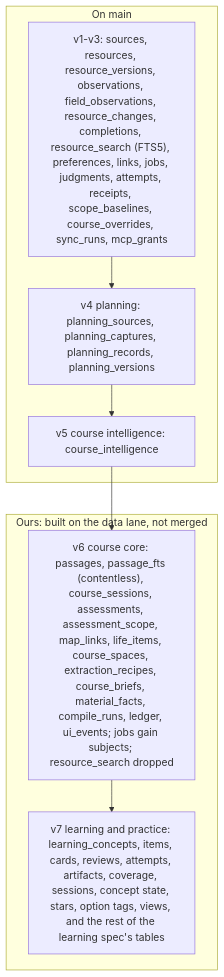
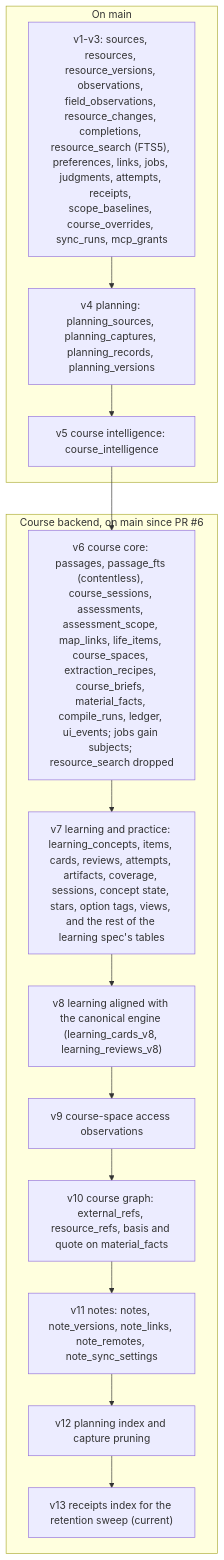
The third of 4 diagrams in docs/course-backend-architecture.md (benverhaalen/magic-uw), drawn with Mermaid before and after one commit. The commit also changed other lines of this file and 5 other files, not shown here.

````diff
--- a/docs/course-backend-architecture.md
+++ b/docs/course-backend-architecture.md
@@ -142,13 +67,19 @@
 ```mermaid
 flowchart TB
   subgraph MAIN["On main"]
     V13["v1-v3: sources, resources, resource_versions, observations, field_observations, resource_changes, completions, resource_search (FTS5), preferences, links, jobs, judgments, attempts, receipts, scope_baselines, course_overrides, sync_runs, mcp_grants"]
     V4["v4 planning: planning_sources, planning_captures, planning_records, planning_versions"]
     V5["v5 course intelligence: course_intelligence"]
   end
-  subgraph OURS["Ours: built on the data lane, not merged"]
+  subgraph OURS["Course backend, on main since PR #6"]
     V6["v6 course core: passages, passage_fts (contentless), course_sessions, assessments, assessment_scope, map_links, life_items, course_spaces, extraction_recipes, course_briefs, material_facts, compile_runs, ledger, ui_events; jobs gain subjects; resource_search dropped"]
     V7["v7 learning and practice: learning_concepts, items, cards, reviews, attempts, artifacts, coverage, sessions, concept state, stars, option tags, views, and the rest of the learning spec's tables"]
+    V8["v8 learning aligned with the canonical engine (learning_cards_v8, learning_reviews_v8)"]
+    V9["v9 course-space access observations"]
+    V10["v10 course graph: external_refs, resource_refs, basis and quote on material_facts"]
+    V11["v11 notes: notes, note_versions, note_links, note_remotes, note_sync_settings"]
+    V12["v12 planning index and capture pruning"]
+    V13b["v13 receipts index for the retention sweep (current)"]
   end
-  V13 --> V4 --> V5 --> V6 --> V7
+  V13 --> V4 --> V5 --> V6 --> V7 --> V8 --> V9 --> V10 --> V11 --> V12 --> V13b
 ```
````
